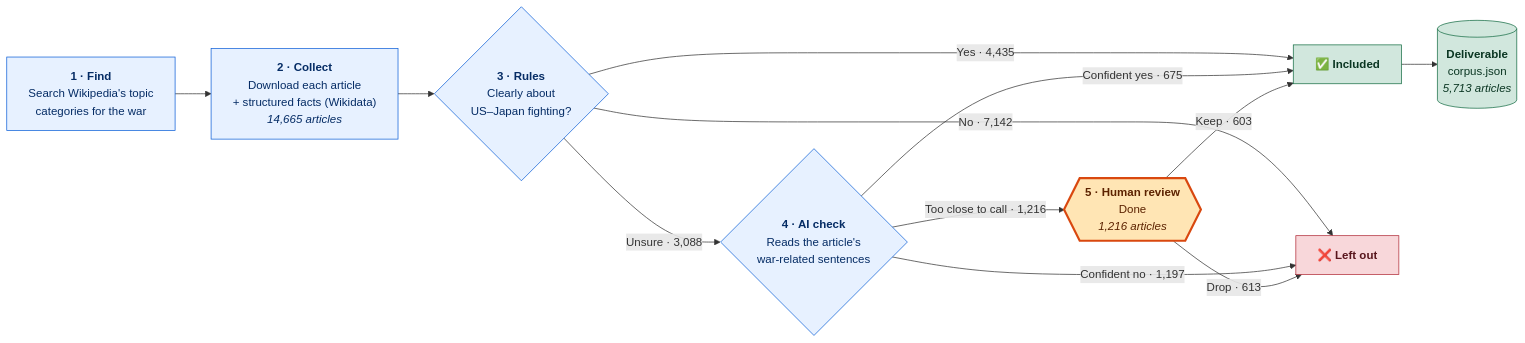
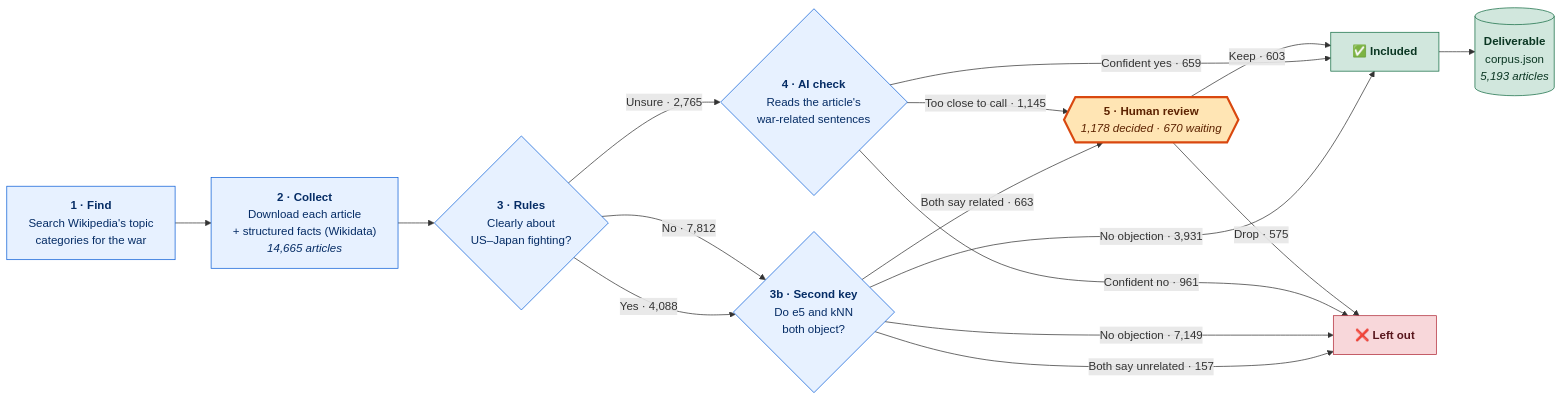
Before and after one commit to EtzionR/Corpus2GeoRAG_Pacific: the first of 2 diagrams in Processing/PIPELINE.md, drawn with Mermaid. The commit also changed other lines of this file and 1 other file, not shown here.

````diff
--- a/Processing/PIPELINE.md
+++ b/Processing/PIPELINE.md
@@ -20,31 +25,36 @@
 ```mermaid
 flowchart LR
     FIND["<b>1 · Find</b><br/>Search Wikipedia's topic<br/>categories for the war"]
     COLLECT["<b>2 · Collect</b><br/>Download each article<br/>+ structured facts (Wikidata)<br/><i>14,665 articles</i>"]
     RULES{"<b>3 · Rules</b><br/>Clearly about<br/>US–Japan fighting?"}
+    KEY{"<b>3b · Second key</b><br/>Do e5 and kNN<br/>both object?"}
     AI{"<b>4 · AI check</b><br/>Reads the article's<br/>war-related sentences"}
-    HUMAN{{"<b>5 · Human review</b><br/>Done<br/><i>1,216 articles</i>"}}
+    HUMAN{{"<b>5 · Human review</b><br/><i>1,178 decided · 670 waiting</i>"}}
     IN["✅ <b>Included</b>"]
     OUT["❌ <b>Left out</b>"]
-    DELIVER[("<b>Deliverable</b><br/>corpus.json<br/><i>5,713 articles</i>")]
+    DELIVER[("<b>Deliverable</b><br/>corpus.json<br/><i>5,193 articles</i>")]
 
     FIND --> COLLECT --> RULES
-    RULES -- "Yes · 4,435" --> IN
-    RULES -- "No · 7,142" --> OUT
-    RULES -- "Unsure · 3,088" --> AI
-    AI -- "Confident yes · 675" --> IN
-    AI -- "Confident no · 1,197" --> OUT
-    AI -- "Too close to call · 1,216" --> HUMAN
+    RULES -- "Yes · 4,088" --> KEY
+    RULES -- "No · 7,812" --> KEY
+    KEY -- "No objection · 3,931" --> IN
+    KEY -- "Both say unrelated · 157" --> OUT
+    KEY -- "No objection · 7,149" --> OUT
+    KEY -- "Both say related · 663" --> HUMAN
+    RULES -- "Unsure · 2,765" --> AI
+    AI -- "Confident yes · 659" --> IN
+    AI -- "Confident no · 961" --> OUT
+    AI -- "Too close to call · 1,145" --> HUMAN
     HUMAN -- "Keep · 603" --> IN
-    HUMAN -- "Drop · 613" --> OUT
+    HUMAN -- "Drop · 575" --> OUT
     IN --> DELIVER
 
     classDef step fill:#e7f1ff,stroke:#0b5ed7,color:#052c65
     classDef human fill:#ffe5b4,stroke:#d9480f,color:#5c2200,stroke-width:3px
     classDef good fill:#d1e7dd,stroke:#146c43,color:#0a3622
     classDef bad fill:#f8d7da,stroke:#b02a37,color:#58151c
-    class FIND,COLLECT,RULES,AI step
+    class FIND,COLLECT,RULES,KEY,AI step
     class HUMAN human
     class IN,DELIVER good
     class OUT bad
 ```
````
